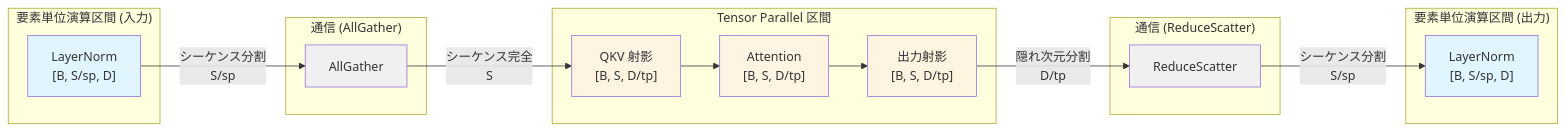
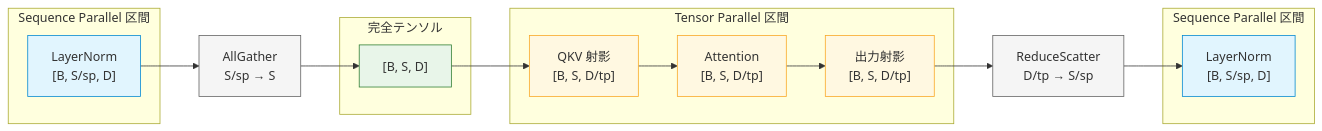
One commit to littlemex/zenn changed the sixth of 8 diagrams in books/ml-distributed-experiment-collection/transformer-distributed-parallelism.md. Above: the diagram before and after it, drawn with Mermaid. The commit also changed other lines of this file and 1 other file, not shown here.

````diff
--- a/books/ml-distributed-experiment-collection/transformer-distributed-parallelism.md
+++ b/books/ml-distributed-experiment-collection/transformer-distributed-parallelism.md
@@ -288,39 +380,35 @@
 ```mermaid
 graph LR
-    subgraph "要素単位演算区間 (入力)"
+    subgraph sp_in ["Sequence Parallel 区間"]
         LN1["LayerNorm<br/>[B, S/sp, D]"]
     end
 
-    subgraph "通信 (AllGather)"
-        AG1["AllGather"]
+    AG1["AllGather<br/>S/sp → S"]
+
+    subgraph full ["完全テンソル"]
+        Full["[B, S, D]"]
     end
 
-    subgraph "Tensor Parallel 区間"
+    subgraph tp_region ["Tensor Parallel 区間"]
         QKV["QKV 射影<br/>[B, S, D/tp]"]
         Attn["Attention<br/>[B, S, D/tp]"]
         Out["出力射影<br/>[B, S, D/tp]"]
     end
 
-    subgraph "通信 (ReduceScatter)"
-        RS["ReduceScatter"]
-    end
+    RS["ReduceScatter<br/>D/tp → S/sp"]
 
-    subgraph "要素単位演算区間 (出力)"
+    subgraph sp_out ["Sequence Parallel 区間"]
         LN2["LayerNorm<br/>[B, S/sp, D]"]
     end
 
-    LN1 -->|"シーケンス分割<br/>S/sp"| AG1
-    AG1 -->|"シーケンス完全<br/>S"| QKV
-    QKV --> Attn
-    Attn --> Out
-    Out -->|"隠れ次元分割<br/>D/tp"| RS
-    RS -->|"シーケンス分割<br/>S/sp"| LN2
+    LN1 --> AG1 --> Full --> QKV --> Attn --> Out --> RS --> LN2
 
-    style LN1 fill: #e1f5ff
-    style LN2 fill: #e1f5ff
-    style QKV fill: #fff4e1
-    style Attn fill: #fff4e1
-    style Out fill: #fff4e1
-    style AG1 fill: #f0f0f0
-    style RS fill: #f0f0f0
+    style LN1 fill: #e1f5fe,stroke: #0288d1
+    style LN2 fill: #e1f5fe,stroke: #0288d1
+    style Full fill: #e8f5e9,stroke: #2e7d32
+    style QKV fill: #fff8e1,stroke: #f9a825
+    style Attn fill: #fff8e1,stroke: #f9a825
+    style Out fill: #fff8e1,stroke: #f9a825
+    style AG1 fill: #f5f5f5,stroke: #616161
+    style RS fill: #f5f5f5,stroke: #616161
 ```
````
